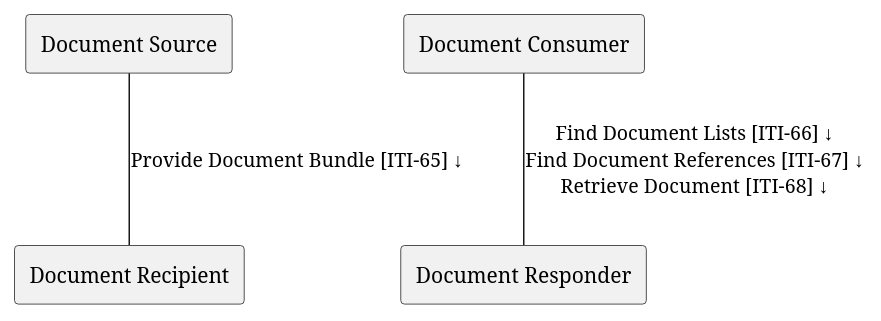
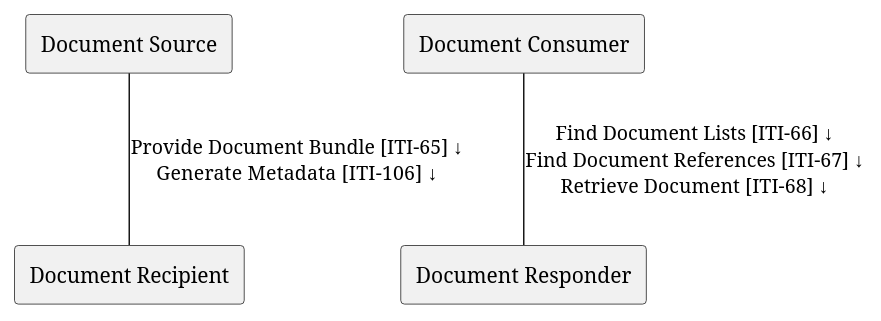
Before and after one commit to IHE/ITI.MHD: the diagram in input/images-source/ActorsAndTransactions.plantuml, drawn with PlantUML. The commit also changed 16 other files, not shown here.

Commit message:
Initial draft of Generate Metadata option

```diff
--- a/input/images-source/ActorsAndTransactions.plantuml
+++ b/input/images-source/ActorsAndTransactions.plantuml
@@ -1,8 +1,8 @@
 @startuml
 agent "Document Source" as DocumentSource
 agent "Document Consumer" as DocumentConsumer
 agent "Document Responder" as DocumentResponder
 agent "Document Recipient" as DocumentRecipient
 DocumentConsumer -- DocumentResponder : "Find Document Lists [ITI-66] ↓\nFind Document References [ITI-67] ↓\nRetrieve Document [ITI-68] ↓"
-DocumentSource -- DocumentRecipient : "Provide Document Bundle [ITI-65] ↓"
+DocumentSource -- DocumentRecipient : "Provide Document Bundle [ITI-65] ↓\nGenerate Metadata [ITI-106] ↓"
 @enduml
```
